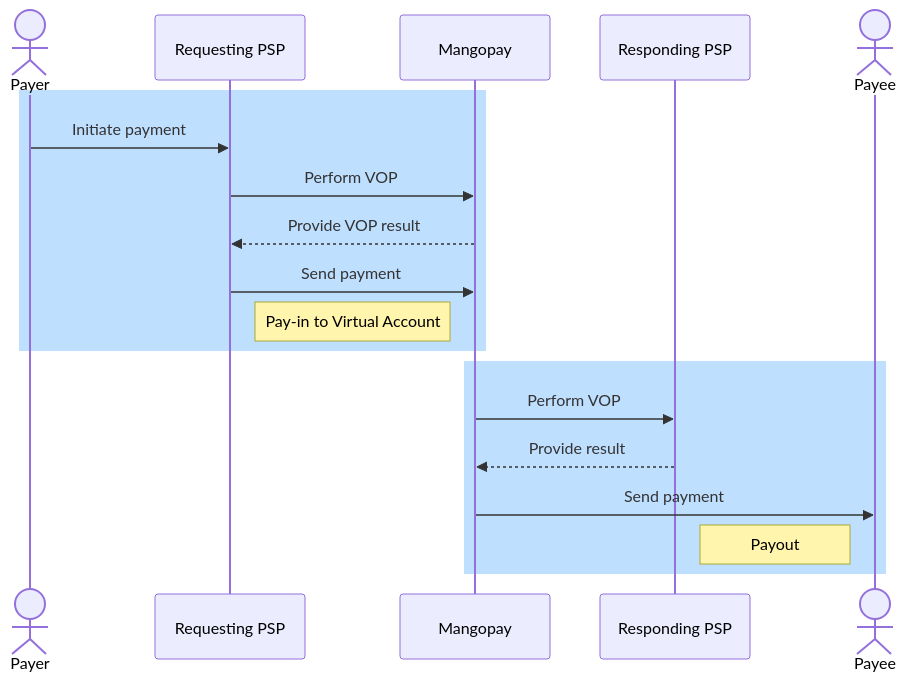
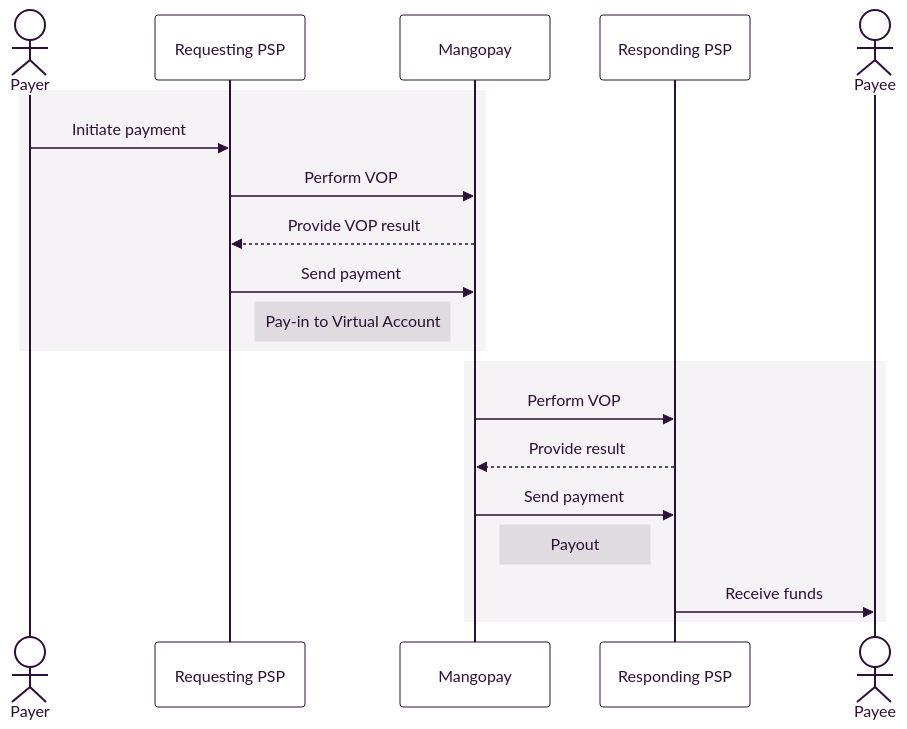
Before and after one commit to Mangopay/docs: the first of 2 diagrams in guides/vop.mdx, drawn with Mermaid. The commit also changed other lines of this file and 11 other files, not shown here.

````diff
--- a/guides/vop.mdx
+++ b/guides/vop.mdx
@@ -12,27 +14,42 @@
 ```mermaid
+%%{
+  init: {
+    'theme': 'base',
+    'themeVariables': {
+      'primaryColor': '#FFFFFF',
+      'primaryTextColor': '#2D0F37',
+      'primaryBorderColor': '#2D0F37',
+      'lineColor': '#2D0F37',
+      'secondaryColor': '#FFFFFF',
+      'tertiaryColor': '#FFFFFF',
+      'fontSize': '32px',
+      'fontFamily': 'Inter',
+      'noteBorderColor': "#E0DBE1",
+      'noteBkgColor': "#E0DBE1",
+      'noteTextColor': '#2D0F37'
+    }
+  }
+}%%
 sequenceDiagram
   actor Payer as Payer
   participant Requesting PSP
-   participant Mangopay
-   participant Responding PSP
-   actor Payee
+  participant Mangopay
+  participant Responding PSP
+  actor Payee
 
-
-  rect rgb(191, 223, 255)
-
+  rect rgba(245, 243, 245, 1)
     Payer ->> Requesting PSP: Initiate payment
     Requesting PSP->> Mangopay: Perform VOP
     Mangopay -->> Requesting PSP: Provide VOP result
     Requesting PSP ->> Mangopay: Send payment
         Note left of Mangopay: Pay-in to Virtual Account
   end
 
-
-  rect rgb(191, 223, 255)
-
+  rect rgba(245, 243, 245, 1)
     Mangopay ->> Responding PSP: Perform VOP
     Responding PSP -->> Mangopay: Provide result
-    Mangopay->>Payee: Send payment
-        Note right of Responding PSP: Payout
+    Mangopay->>Responding PSP: Send payment
+        Note right of Mangopay: Payout
+    Responding PSP ->> Payee: Receive funds
   end
 ```
````
